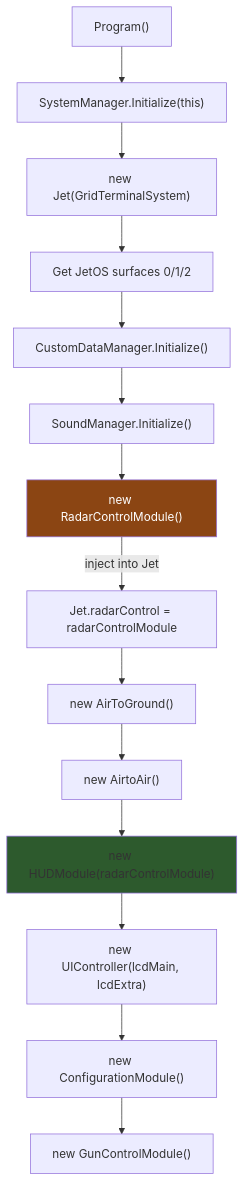
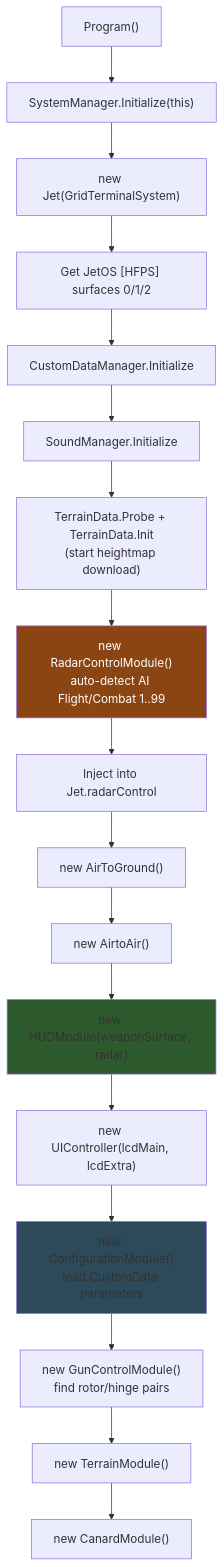
One commit to Terilia/JetOS changed the second of 7 diagrams in docs/architecture.md. Above: the diagram before and after it, drawn with Mermaid. The commit also changed other lines of this file and 23 other files, not shown here.

````diff
--- a/docs/architecture.md
+++ b/docs/architecture.md
@@ -47,19 +89,23 @@
 ```mermaid
 flowchart TD
     P["Program()"] --> SM["SystemManager.Initialize(this)"]
     SM --> JET["new Jet(GridTerminalSystem)"]
-    JET --> LCD["Get JetOS surfaces 0/1/2"]
-    LCD --> CDM["CustomDataManager.Initialize()"]
-    CDM --> SND["SoundManager.Initialize()"]
-    SND --> RAD["new RadarControlModule()"]
-    RAD --> |"inject into Jet"| JETREF["Jet.radarControl = radarControlModule"]
-    JETREF --> ATG["new AirToGround()"]
+    JET --> LCD["Get JetOS [HFPS] surfaces 0/1/2"]
+    LCD --> CDM["CustomDataManager.Initialize"]
+    CDM --> SND["SoundManager.Initialize"]
+    SND --> TER["TerrainData.Probe + TerrainData.Init<br/>(start heightmap download)"]
+    TER --> RAD["new RadarControlModule()<br/>auto-detect AI Flight/Combat 1..99"]
+    RAD --> JR["Inject into Jet.radarControl"]
+    JR --> ATG["new AirToGround()"]
     ATG --> ATA["new AirtoAir()"]
-    ATA --> HUD["new HUDModule(radarControlModule)"]
+    ATA --> HUD["new HUDModule(weaponSurface, radar)"]
     HUD --> UI["new UIController(lcdMain, lcdExtra)"]
-    UI --> CFG["new ConfigurationModule()"]
-    CFG --> GUN["new GunControlModule()"]
+    UI --> CFG["new ConfigurationModule()<br/>load CustomData parameters"]
+    CFG --> GUN["new GunControlModule()<br/>find rotor/hinge pairs"]
+    GUN --> TRM["new TerrainModule()"]
+    TRM --> CRD["new CanardModule()"]
 
     style RAD fill:#8b4513,color:#fff
     style HUD fill:#2d5a2d
+    style CFG fill:#2d4a5a
 ```
````
